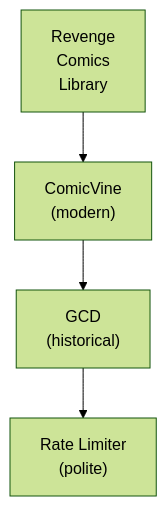
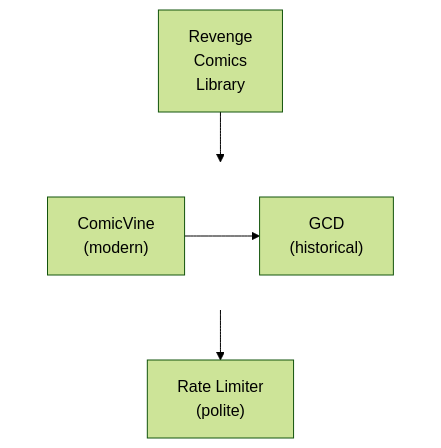
One commit to lusoris/revenge changed the diagram in docs/dev/design/integrations/metadata/comics/GRAND_COMICS_DATABASE.md. Above: the diagram before and after it, drawn with Mermaid (forest theme). The commit also changed 210 other files, not shown here.

First line of the commit message:
feat(docs): Add horizontal layout support for Mermaid diagrams

````diff
--- a/docs/dev/design/integrations/metadata/comics/GRAND_COMICS_DATABASE.md
+++ b/docs/dev/design/integrations/metadata/comics/GRAND_COMICS_DATABASE.md
@@ -57,10 +57,16 @@
 ```mermaid
 flowchart TD
     node1["Revenge<br/>Comics<br/>Library"]
-    node2["ComicVine<br/>(modern)"]
-    node3["GCD<br/>(historical)"]
+    subgraph row1[ ]
+        direction LR
+        node2["ComicVine<br/>(modern)"]
+        node3["GCD<br/>(historical)"]
+    end
     node4["Rate Limiter<br/>(polite)"]
     node2 --> node3
     node1 --> node2
     node3 --> node4
+
+    %% Hide row subgraph borders
+    style row1 fill:transparent,stroke:transparent
 ```
````
